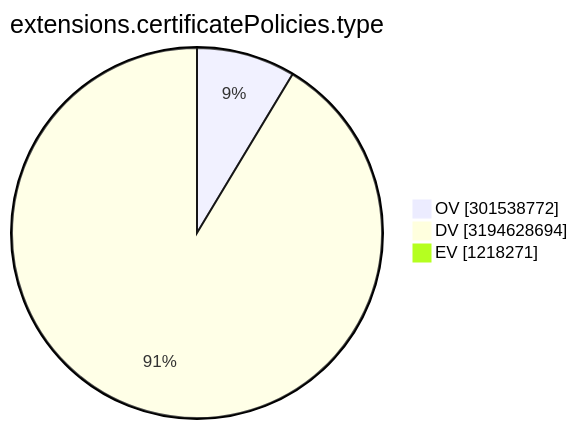
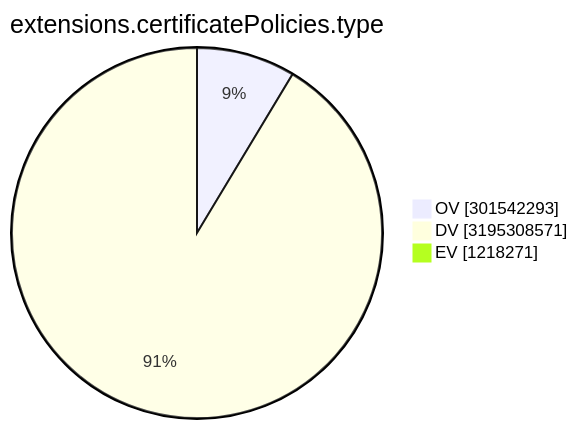
Before and after one commit to christiankrug/ctmonitor_visualization: the ninth of 15 diagrams in TOTAL/README.md, drawn with Mermaid. The commit also changed other lines of this file, not shown here.

````diff
--- a/TOTAL/README.md
+++ b/TOTAL/README.md
@@ -3106,7 +3106,7 @@
 ```mermaid
 pie showData
 title extensions.certificatePolicies.type
-"OV" :301538772
-"DV" :3194628694
+"OV" :301542293
+"DV" :3195308571
 "EV" :1218271
 ```
````
